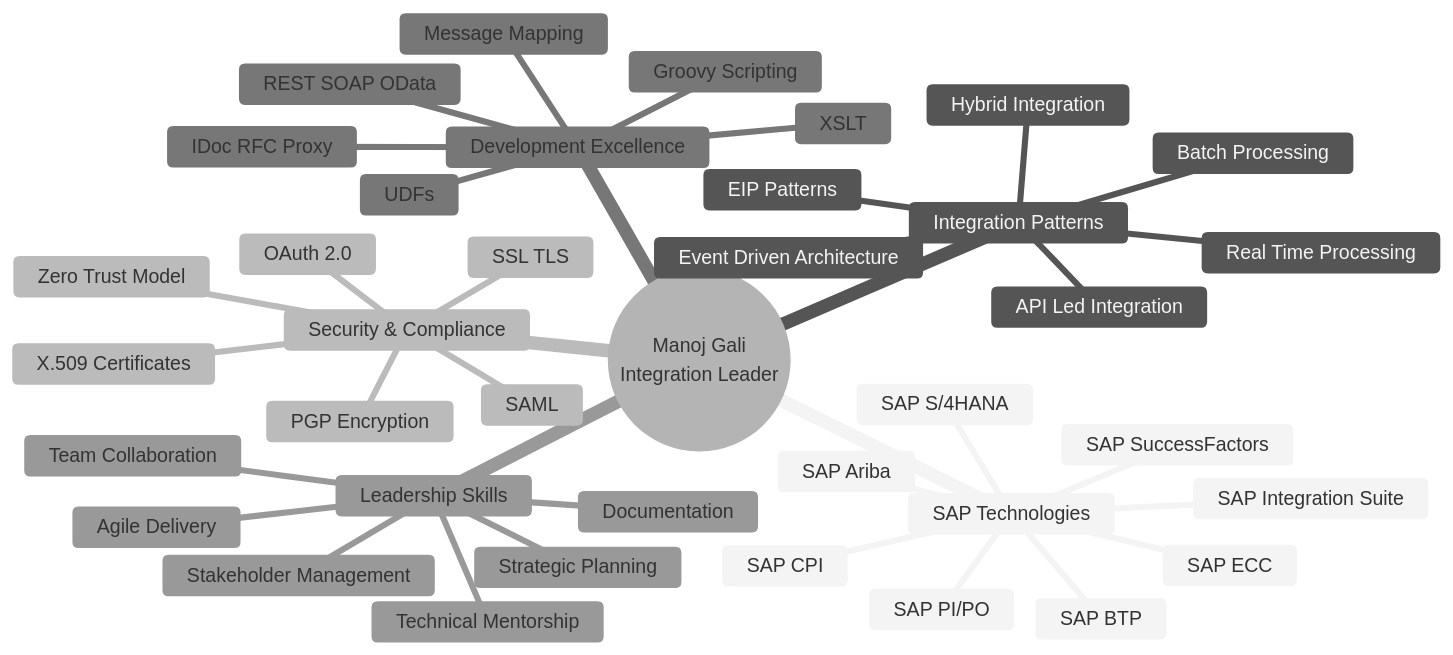
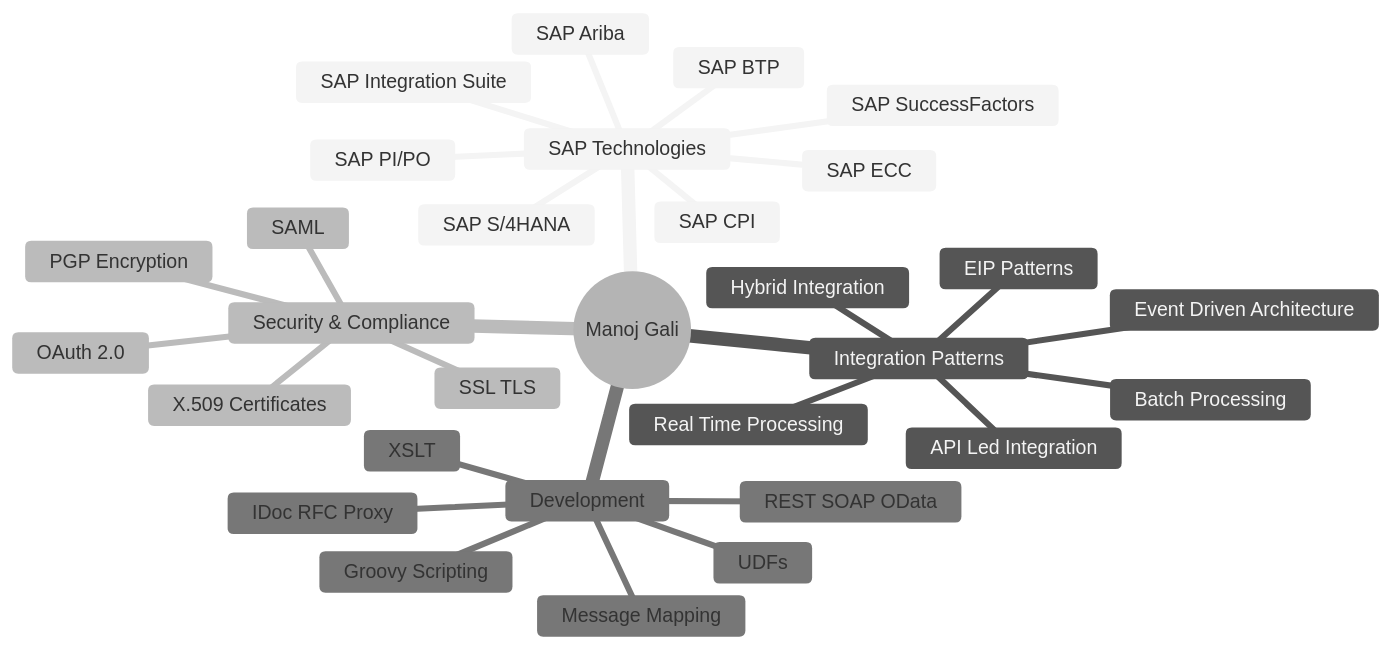
The second of 2 diagrams in README.md (manoj-iflowdev/manoj-iflowdev), drawn with Mermaid (neutral theme) before and after one commit. The commit also changed other lines of this file, not shown here.

````diff
--- a/README.md
+++ b/README.md
@@ -193,41 +106,33 @@
 ```mermaid
 mindmap
-  root((Manoj Gali<br/>Integration Leader))
+  root((Manoj Gali))
     SAP Technologies
       SAP CPI
       SAP Integration Suite
       SAP S/4HANA
       SAP ECC
       SAP BTP
       SAP PI/PO
       SAP SuccessFactors
       SAP Ariba
     Integration Patterns
       API Led Integration
       Event Driven Architecture
       Hybrid Integration
       Real Time Processing
       Batch Processing
       EIP Patterns
     Security & Compliance
       OAuth 2.0
       SSL TLS
       X.509 Certificates
       SAML
       PGP Encryption
-      Zero Trust Model
-    Development Excellence
+    Development
       Groovy Scripting
       XSLT
       Message Mapping
       UDFs
       REST SOAP OData
       IDoc RFC Proxy
-    Leadership Skills
-      Strategic Planning
-      Team Collaboration
-      Stakeholder Management
-      Technical Mentorship
-      Agile Delivery
-      Documentation
 ```
````
